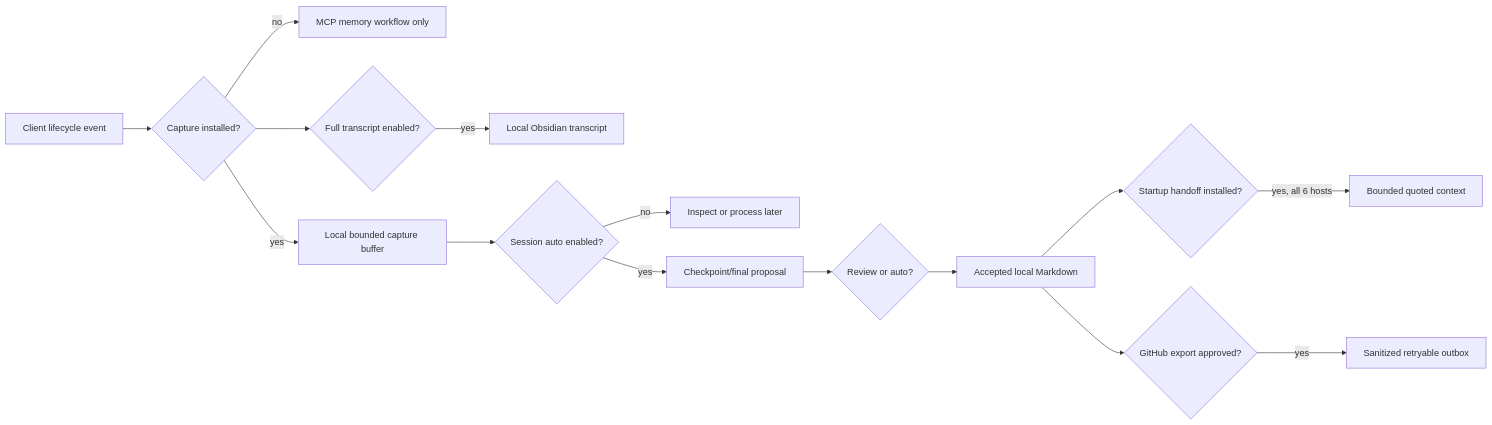
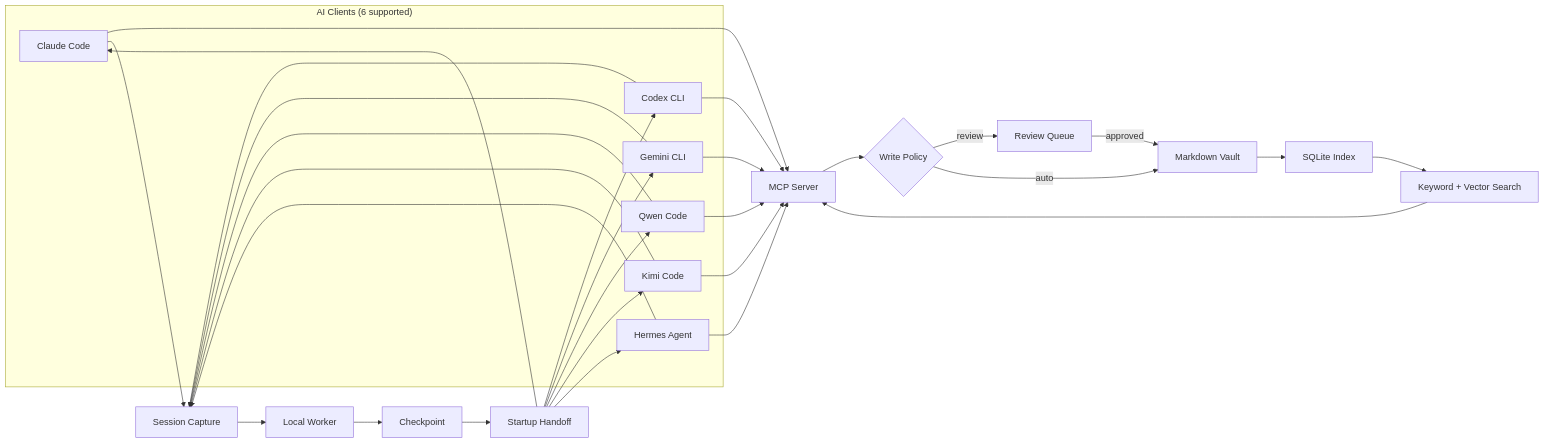
One commit to vib28/ai-memory-hub changed the diagram in README.md. Above: the diagram before and after it, drawn with Mermaid. The commit also changed other lines of this file and 11 other files, not shown here.

````diff
--- a/README.md
+++ b/README.md
@@ -108,17 +78,26 @@
 ```mermaid
 flowchart LR
-    Event[Client lifecycle event] --> Capture{Capture installed?}
-    Capture -->|no| MCP[MCP memory workflow only]
-    Capture -->|yes| Buffer[Local bounded capture buffer]
-    Capture --> Transcript{Full transcript enabled?}
-    Transcript -->|yes| TranscriptMD[Local Obsidian transcript]
-    Buffer --> Worker{Session auto enabled?}
-    Worker -->|no| Review[Inspect or process later]
-    Worker -->|yes| Checkpoint[Checkpoint/final proposal]
-    Checkpoint --> Policy{Review or auto?}
-    Policy --> Accepted[Accepted local Markdown]
-    Accepted --> Handoff{Startup handoff installed?}
-    Handoff -->|yes, all 6 hosts| Context[Bounded quoted context]
-    Accepted --> Export{GitHub export approved?}
-    Export -->|yes| Outbox[Sanitized retryable outbox]
+    subgraph Clients["AI Clients (6 supported)"]
+        C1[Claude Code]
+        C2[Codex CLI]
+        C3[Gemini CLI]
+        C4[Qwen Code]
+        C5[Kimi Code]
+        C6[Hermes Agent]
+    end
+
+    C1 & C2 & C3 & C4 & C5 & C6 --> MCP["MCP Server"]
+    MCP --> Policy{"Write Policy"}
+    Policy -->|review| Queue["Review Queue"]
+    Policy -->|auto| Vault["Markdown Vault"]
+    Queue -->|approved| Vault
+    Vault --> Index["SQLite Index"]
+    Index --> Search["Keyword + Vector Search"]
+    Search --> MCP
+
+    C1 & C2 & C3 & C4 & C5 & C6 --> Capture["Session Capture"]
+    Capture --> Worker["Local Worker"]
+    Worker --> Checkpoint["Checkpoint"]
+    Checkpoint --> Handoff["Startup Handoff"]
+    Handoff --> C1 & C2 & C3 & C4 & C5 & C6
 ```
````
